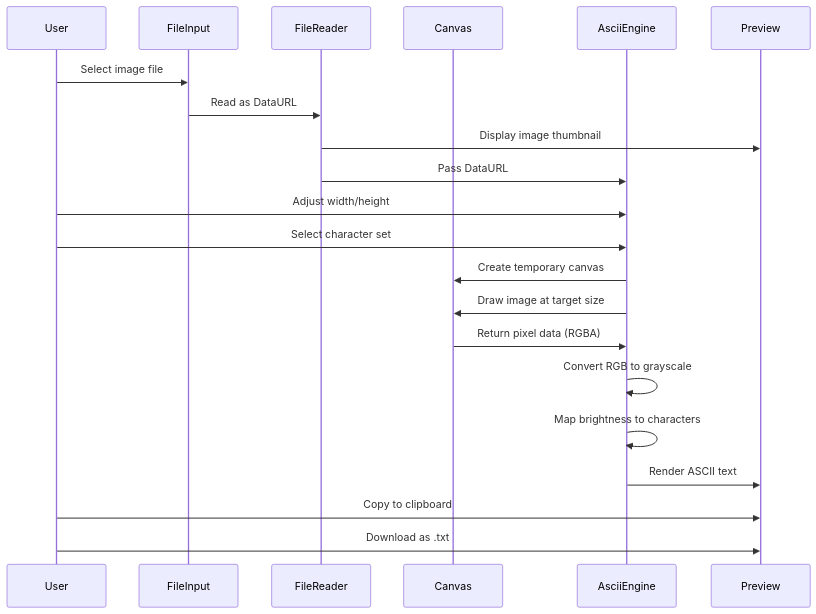
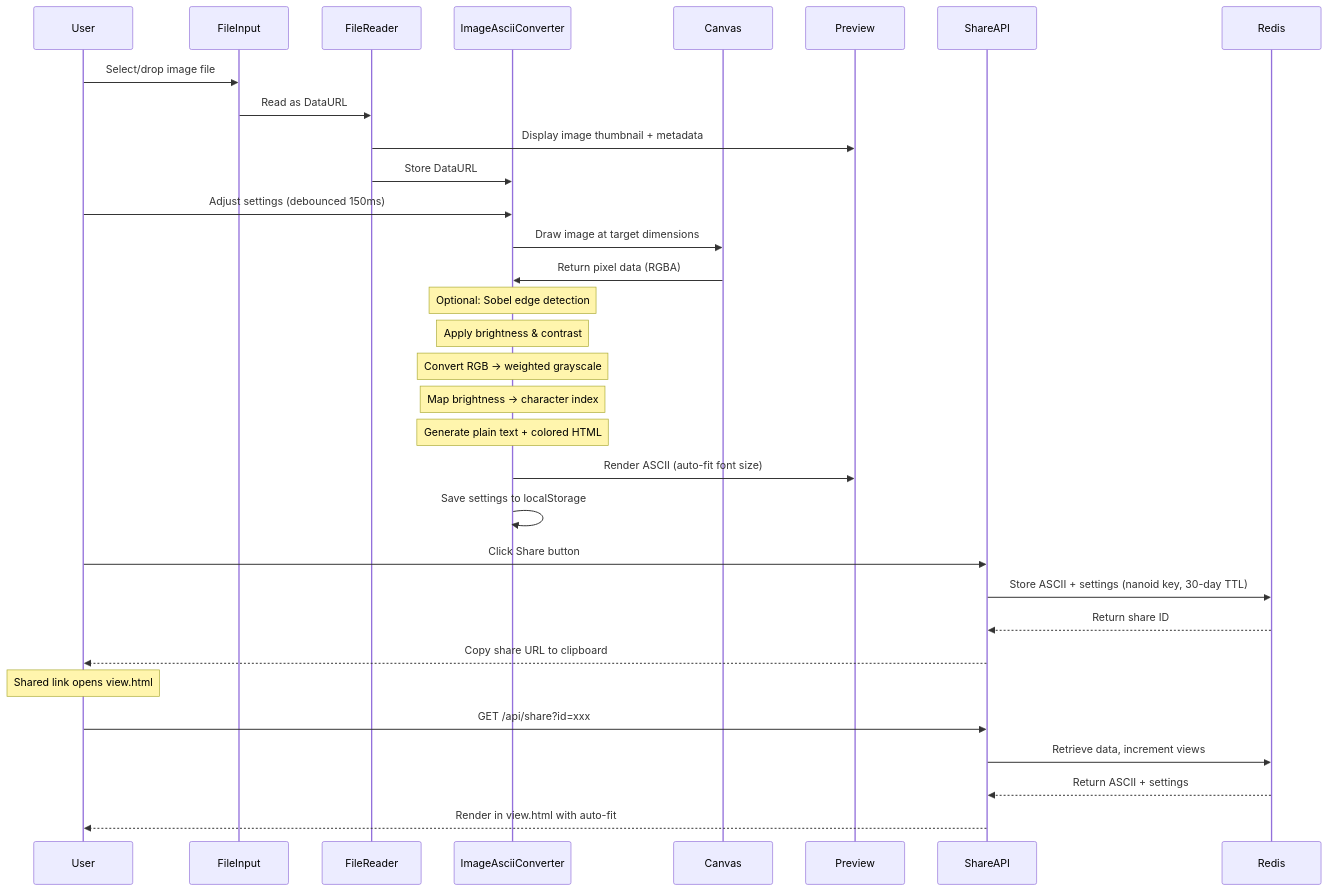
Before and after one commit to Technical-1/Image-To-Ascii-Vite: the second of 2 diagrams in .portfolio/architecture.md, drawn with Mermaid. The commit also changed other lines of this file and 12 other files, not shown here.

````diff
--- a/.portfolio/architecture.md
+++ b/.portfolio/architecture.md
@@ -55,27 +73,40 @@
 ```mermaid
 sequenceDiagram
     participant User
     participant FileInput
     participant FileReader
+    participant ImageAsciiConverter
     participant Canvas
-    participant AsciiEngine
     participant Preview
+    participant ShareAPI
+    participant Redis
 
-    User->>FileInput: Select image file
+    User->>FileInput: Select/drop image file
     FileInput->>FileReader: Read as DataURL
-    FileReader->>Preview: Display image thumbnail
-    FileReader->>AsciiEngine: Pass DataURL
+    FileReader->>Preview: Display image thumbnail + metadata
+    FileReader->>ImageAsciiConverter: Store DataURL
 
-    User->>AsciiEngine: Adjust width/height
-    User->>AsciiEngine: Select character set
+    User->>ImageAsciiConverter: Adjust settings (debounced 150ms)
+    ImageAsciiConverter->>Canvas: Draw image at target dimensions
+    Canvas->>ImageAsciiConverter: Return pixel data (RGBA)
 
-    AsciiEngine->>Canvas: Create temporary canvas
-    AsciiEngine->>Canvas: Draw image at target size
-    Canvas->>AsciiEngine: Return pixel data (RGBA)
-    AsciiEngine->>AsciiEngine: Convert RGB to grayscale
-    AsciiEngine->>AsciiEngine: Map brightness to characters
-    AsciiEngine->>Preview: Render ASCII text
+    Note over ImageAsciiConverter: Optional: Sobel edge detection
+    Note over ImageAsciiConverter: Apply brightness & contrast
+    Note over ImageAsciiConverter: Convert RGB → weighted grayscale
+    Note over ImageAsciiConverter: Map brightness → character index
+    Note over ImageAsciiConverter: Generate plain text + colored HTML
 
-    User->>Preview: Copy to clipboard
-    User->>Preview: Download as .txt
+    ImageAsciiConverter->>Preview: Render ASCII (auto-fit font size)
+    ImageAsciiConverter->>ImageAsciiConverter: Save settings to localStorage
+
+    User->>ShareAPI: Click Share button
+    ShareAPI->>Redis: Store ASCII + settings (nanoid key, 30-day TTL)
+    Redis-->>ShareAPI: Return share ID
+    ShareAPI-->>User: Copy share URL to clipboard
+
+    Note over User: Shared link opens view.html
+    User->>ShareAPI: GET /api/share?id=xxx
+    ShareAPI->>Redis: Retrieve data, increment views
+    Redis-->>ShareAPI: Return ASCII + settings
+    ShareAPI-->>User: Render in view.html with auto-fit
 ```
````
